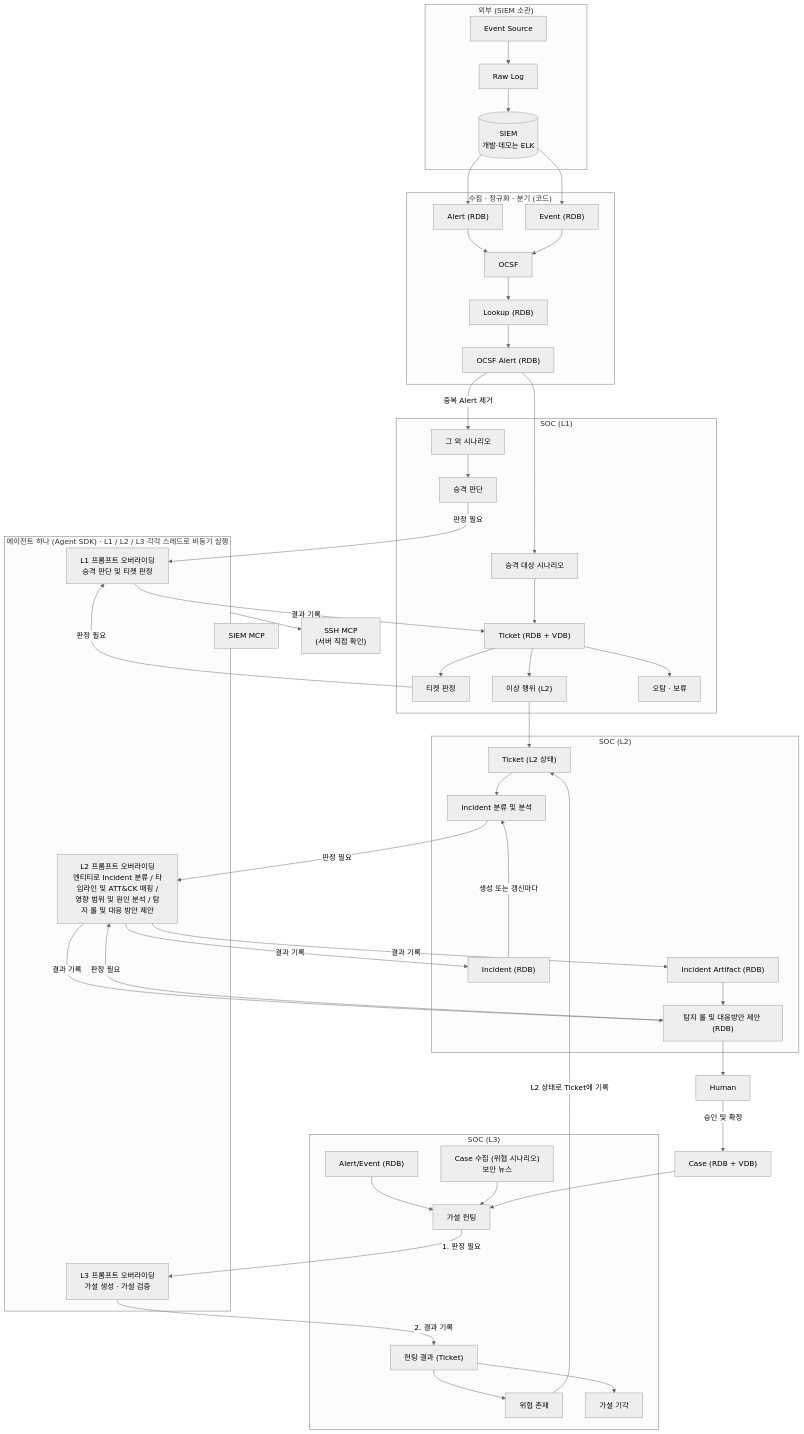
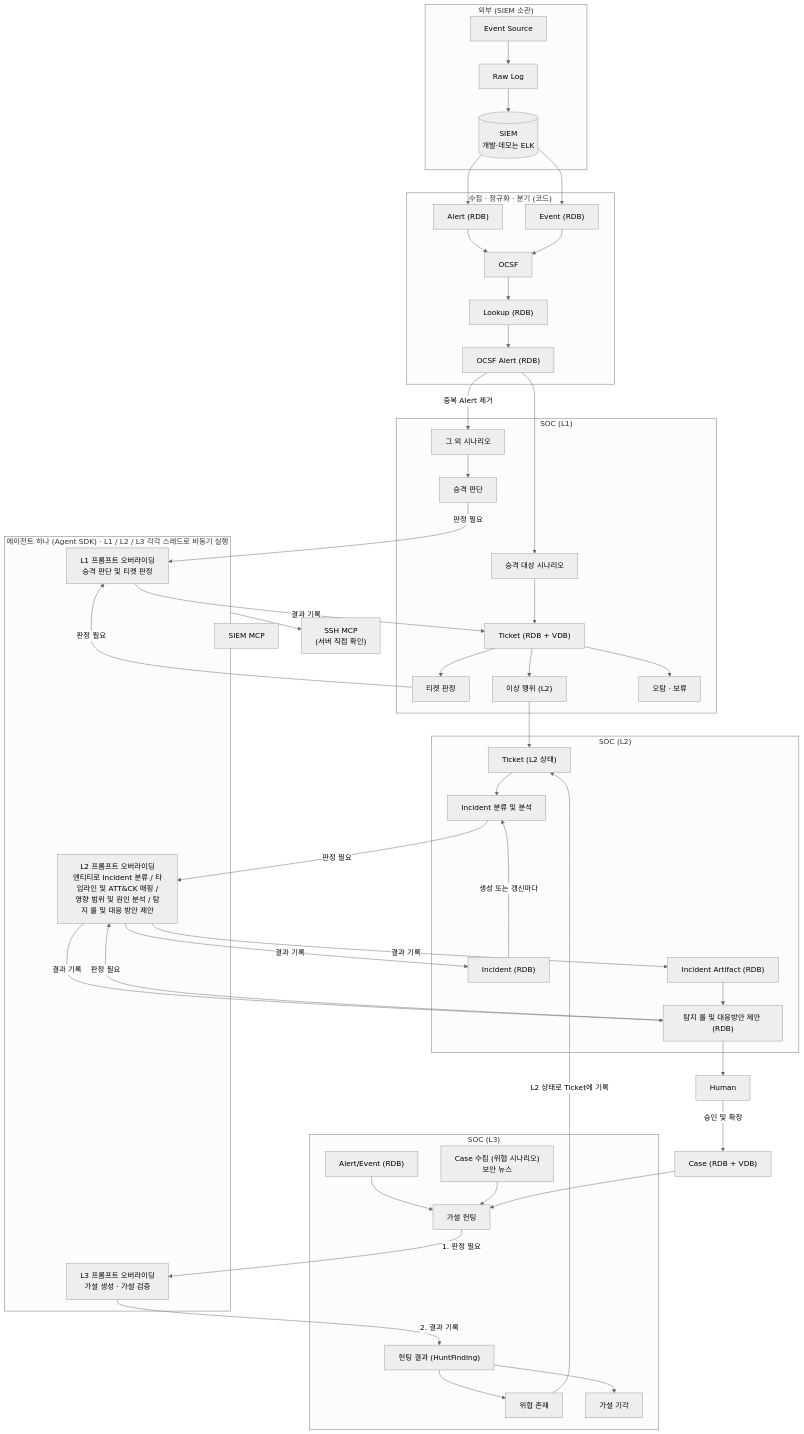
One commit to 0-Ticket/0-Ticket changed the diagram in docs/architecture.md. Above: the diagram before and after it, drawn with Mermaid (neutral theme). The commit also changed other lines of this file and 6 other files, not shown here.

Commit message:
docs(docs): update the v3 figure, widen L3 escalation to event evidence, and settle the group-name table (#182)

````diff
--- a/docs/architecture.md
+++ b/docs/architecture.md
@@ -9,68 +9,68 @@
 ```mermaid
 flowchart TB
   subgraph OUT["외부 (SIEM 소관)"]
     ES["Event Source"] --> RAW["Raw Log"] --> SIEM[("SIEM<br/>개발·데모는 ELK")]
   end
 
   subgraph PIPE["수집 · 정규화 · 분기 (코드)"]
     AL["Alert (RDB)"]
     EV["Event (RDB)"]
     OCSF["OCSF"]
     LK["Lookup (RDB)"]
     OA["OCSF Alert (RDB)"]
   end
 
   SIEM --> AL --> OCSF
   SIEM --> EV --> OCSF
   OCSF --> LK --> OA
 
   subgraph L1G["SOC (L1)"]
     ETC["그 외 시나리오"] --> PROMO["승격 판단"]
     SCN["승격 대상 시나리오"] --> TK["Ticket (RDB + VDB)"]
     TK --> TRI["티켓 판정"]
     TK --> ANOM["이상 행위 (L2)"]
     TK --> FP["오탐 · 보류"]
   end
 
   OA -- "중복 Alert 제거" --> ETC
   OA --> SCN
 
   subgraph L2G["SOC (L2)"]
     TK2["Ticket (L2 상태)"] --> CLS["Incident 분류 및 분석"]
     INC["Incident (RDB)"] -- "생성 또는 갱신마다" --> CLS
     ART["Incident Artifact (RDB)"] --> RULE["탐지 룰 및 대응방안 제안 (RDB)"]
   end
 
   ANOM --> TK2
   RULE --> HUMAN["Human"] -- "승인 및 확정" --> CASE["Case (RDB + VDB)"]
 
   subgraph L3G["SOC (L3)"]
     AE["Alert/Event (RDB)"] --> HUNT["가설 헌팅"]
     NEWS["Case 수집 (위협 시나리오)<br/>보안 뉴스"] --> HUNT
-    HR["헌팅 결과 (Ticket)"] --> THREAT["위협 존재"]
+    HR["헌팅 결과 (HuntFinding)"] --> THREAT["위협 존재"]
     HR --> REJ["가설 기각"]
   end
 
   CASE --> HUNT
   THREAT -- "L2 상태로 Ticket에 기록" --> TK2
 
   subgraph AG["에이전트 하나 (Agent SDK) · L1 / L2 / L3 각각 스레드로 비동기 실행"]
     A1["L1 프롬프트 오버라이딩<br/>승격 판단 및 티켓 판정"]
     A2["L2 프롬프트 오버라이딩<br/>엔티티로 Incident 분류 / 타임라인 및 ATT&CK 매핑 /<br/>영향 범위 및 원인 분석 / 탐지 룰 및 대응 방안 제안"]
     A3["L3 프롬프트 오버라이딩<br/>가설 생성 · 가설 검증"]
   end
 
   PROMO -- "판정 필요" --> A1
   TRI -- "판정 필요" --> A1
   A1 -- "결과 기록" --> TK
   CLS -- "판정 필요" --> A2
   RULE -- "판정 필요" --> A2
   A2 -- "결과 기록" --> INC
   A2 -- "결과 기록" --> ART
   A2 -- "결과 기록" --> RULE
   HUNT -- "1. 판정 필요" --> A3
   A3 -- "2. 결과 기록" --> HR
 
   AG --> SMCP["SIEM MCP"]
   AG --> SSH["SSH MCP<br/>(서버 직접 확인)"]
 ```
````
